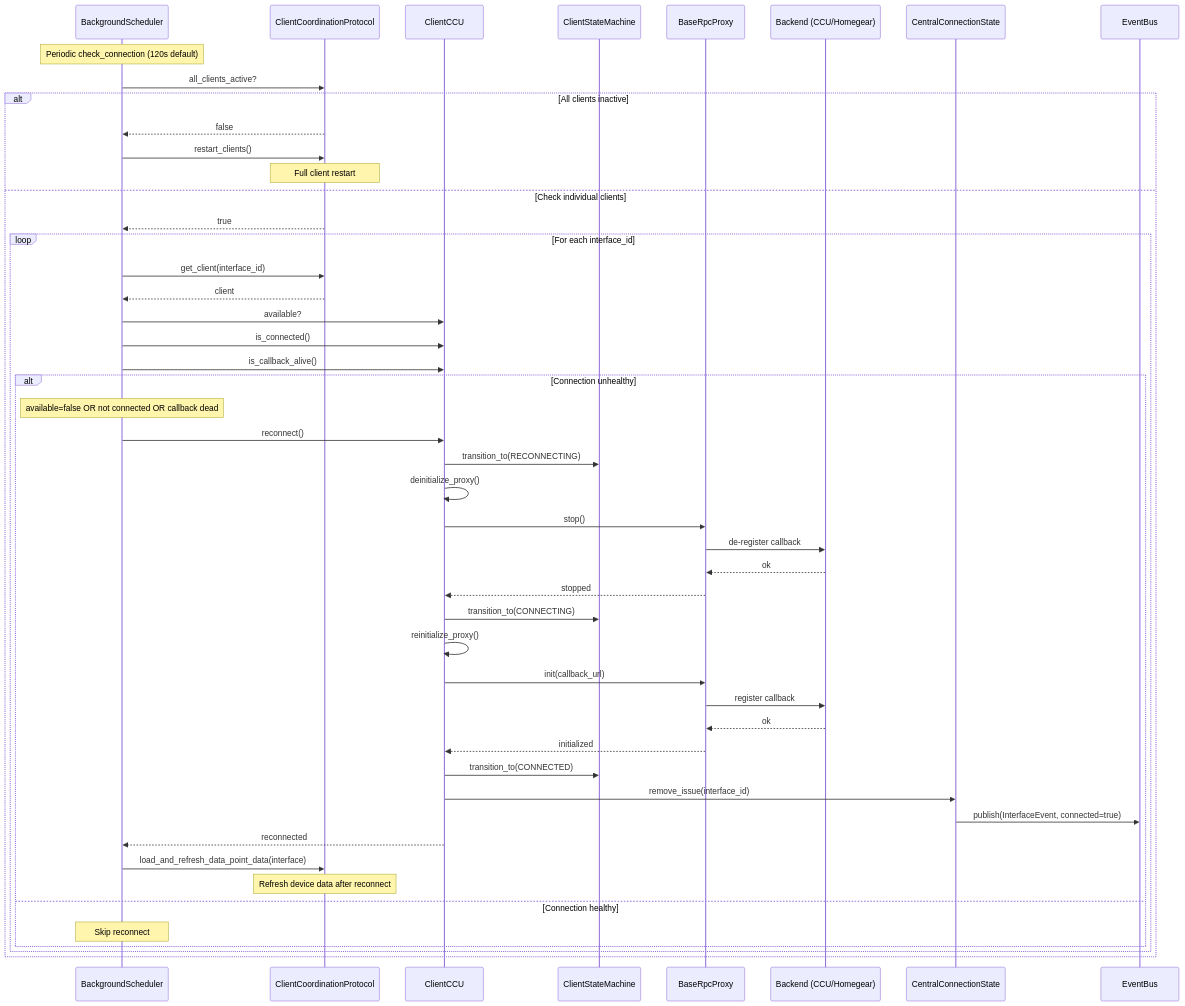
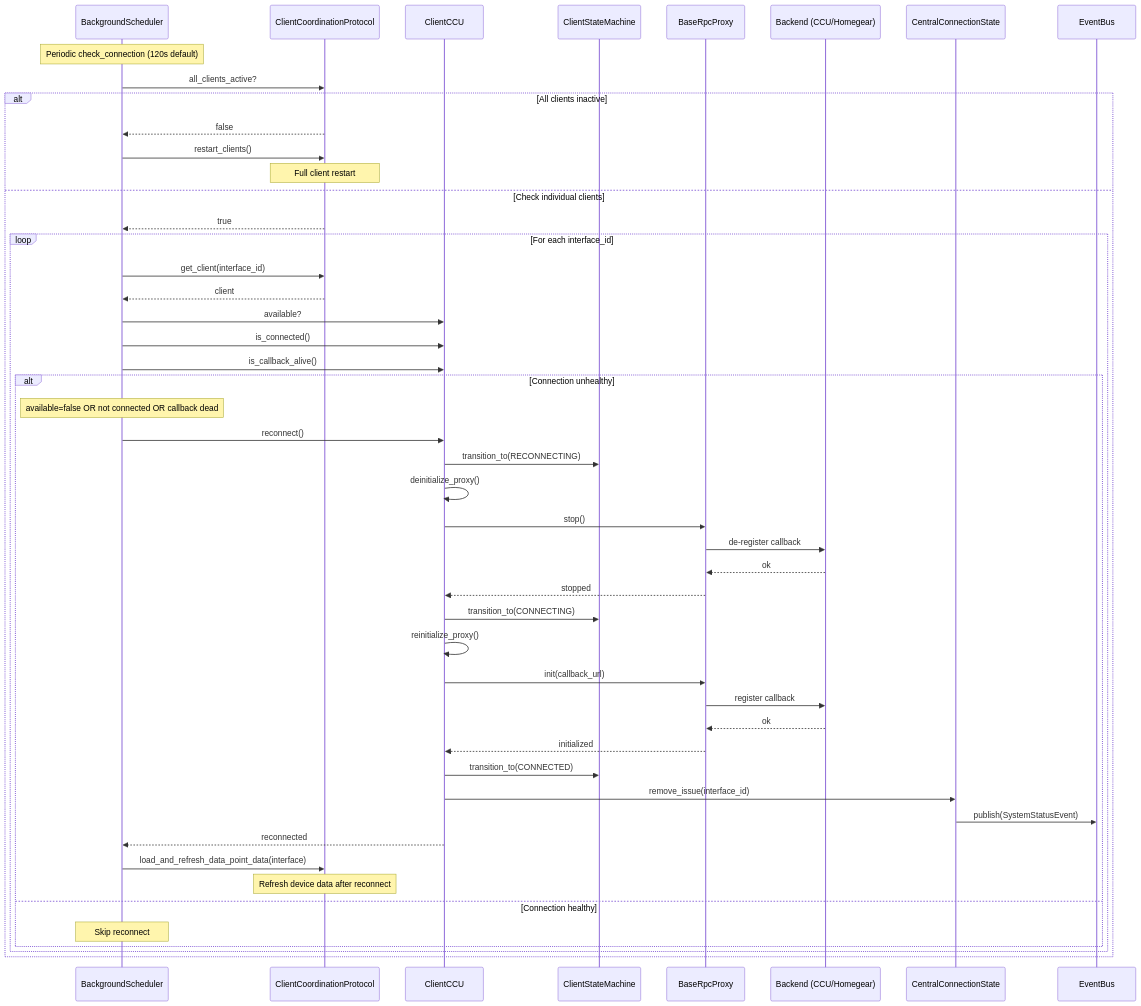
One commit to SukramJ/aiohomematic changed the eighth of 16 diagrams in docs/sequence_diagrams.md. Above: the diagram before and after it, drawn with Mermaid. The commit also changed other lines of this file and 15 other files, not shown here.

````diff
--- a/docs/sequence_diagrams.md
+++ b/docs/sequence_diagrams.md
@@ -550,63 +549,63 @@
 ```mermaid
 sequenceDiagram
   participant Sched as BackgroundScheduler
   participant CC as ClientCoordinationProtocol
   participant CX as ClientCCU
   participant SM as ClientStateMachine
   participant Proxy as BaseRpcProxy
   participant CCU as Backend (CCU/Homegear)
   participant CS as CentralConnectionState
   participant EB as EventBus
 
   Note over Sched: Periodic check_connection (120s default)
   Sched->>CC: all_clients_active?
 
   alt All clients inactive
     CC-->>Sched: false
     Sched->>CC: restart_clients()
     Note over CC: Full client restart
   else Check individual clients
     CC-->>Sched: true
 
     loop For each interface_id
       Sched->>CC: get_client(interface_id)
       CC-->>Sched: client
 
       Sched->>CX: available?
       Sched->>CX: is_connected()
       Sched->>CX: is_callback_alive()
 
       alt Connection unhealthy
         Note over Sched: available=false OR not connected OR callback dead
 
         Sched->>CX: reconnect()
         CX->>SM: transition_to(RECONNECTING)
 
         CX->>CX: deinitialize_proxy()
         CX->>Proxy: stop()
         Proxy->>CCU: de-register callback
         CCU-->>Proxy: ok
         Proxy-->>CX: stopped
 
         CX->>SM: transition_to(CONNECTING)
 
         CX->>CX: reinitialize_proxy()
         CX->>Proxy: init(callback_url)
         Proxy->>CCU: register callback
         CCU-->>Proxy: ok
         Proxy-->>CX: initialized
 
         CX->>SM: transition_to(CONNECTED)
         CX->>CS: remove_issue(interface_id)
-        CS->>EB: publish(InterfaceEvent, connected=true)
+        CS->>EB: publish(SystemStatusEvent)
 
         CX-->>Sched: reconnected
 
         Sched->>CC: load_and_refresh_data_point_data(interface)
         Note over CC: Refresh device data after reconnect
       else Connection healthy
         Note over Sched: Skip reconnect
       end
     end
   end
 ```
````
